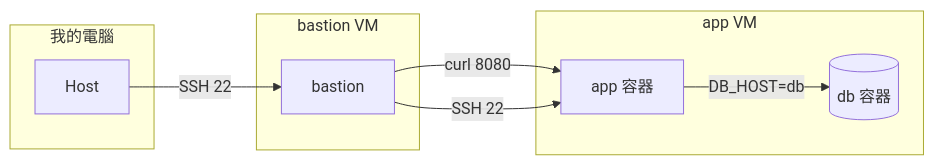
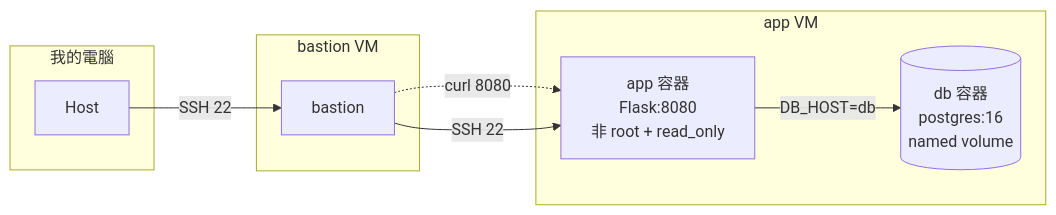
The diagram in ~/virt-container-labs/final_412631060/README.md (kelly20050702-cpu/412631060_TKUCVT), drawn with Mermaid before and after one commit.

Commit message:
feat:期末實作

````diff
--- a/~/virt-container-labs/final_412631060/README.md
+++ b/~/virt-container-labs/final_412631060/README.md
@@ -5,20 +5,21 @@
 ```mermaid
 graph LR
+
     subgraph Host[我的電腦]
         A[Host]
     end
 
     subgraph Bastion_VM[bastion VM]
         B[bastion]
     end
 
     subgraph App_VM[app VM]
-        C[app 容器]
-        D[(db 容器)]
+        C["app 容器<br/>Flask:8080<br/>非 root + read_only"]
+        D[("db 容器<br/>postgres:16<br/>named volume")]
     end
 
     A -- "SSH 22" --> B
-    B -- "curl 8080" --> C
+    B -. "curl 8080" .-> C
     B -- "SSH 22" --> C
     C -- "DB_HOST=db" --> D
 ```
````
